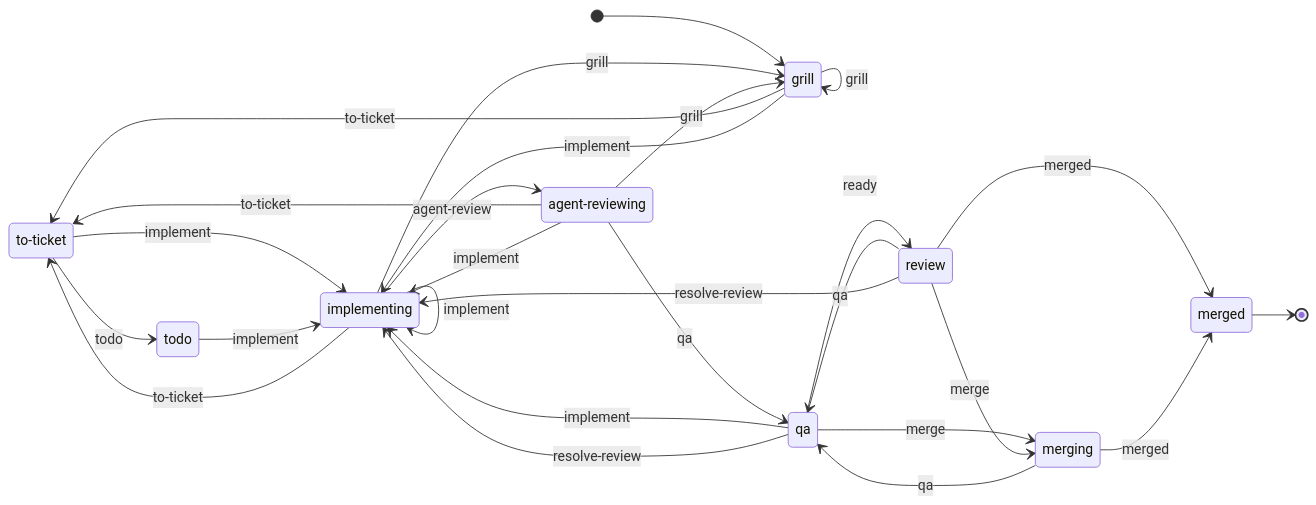
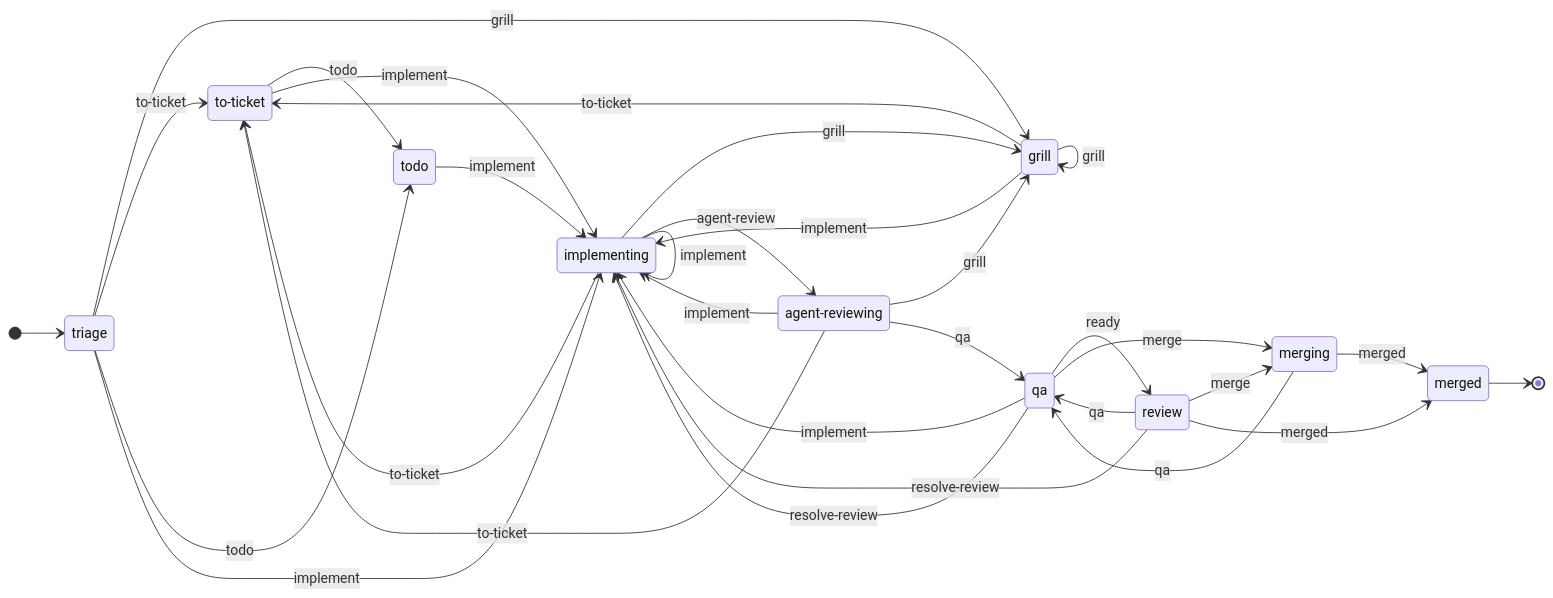
One commit to MartinBernstorff/mb-workflow changed the diagram in apps/mb-workflow/docs/flow.md. Above: the diagram before and after it, drawn with Mermaid. The commit also changed 48 other files, not shown here.

First line of the commit message:
feat(flow): start unlabelled tickets in a triage state that an agent works, and drop claim labels (#144)

````diff
--- a/apps/mb-workflow/docs/flow.md
+++ b/apps/mb-workflow/docs/flow.md
@@ -1,32 +1,36 @@
 ```mermaid
 stateDiagram-v2
     direction LR
     state "to-ticket" as to_ticket
     state "agent-reviewing" as agent_reviewing
-    [*] --> grill
+    [*] --> triage
     merged --> [*]
+    triage --> grill : grill
+    triage --> to_ticket : to-ticket
+    triage --> todo : todo
+    triage --> implementing : implement
     grill --> grill : grill
     grill --> to_ticket : to-ticket
     grill --> implementing : implement
     to_ticket --> todo : todo
     to_ticket --> implementing : implement
     todo --> implementing : implement
     implementing --> grill : grill
     implementing --> to_ticket : to-ticket
     implementing --> implementing : implement
     implementing --> agent_reviewing : agent-review
     agent_reviewing --> grill : grill
     agent_reviewing --> to_ticket : to-ticket
     agent_reviewing --> implementing : implement
     agent_reviewing --> qa : qa
     qa --> implementing : implement
     qa --> review : ready
     qa --> merging : merge
     qa --> implementing : resolve-review
     review --> qa : qa
     review --> merging : merge
     review --> merged : merged
     review --> implementing : resolve-review
     merging --> qa : qa
     merging --> merged : merged
 ```
````
